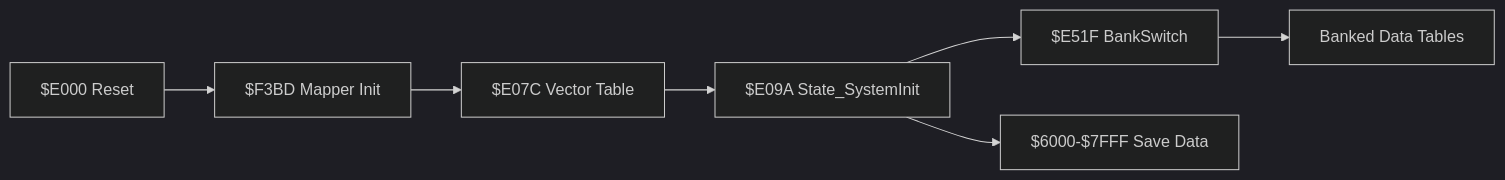
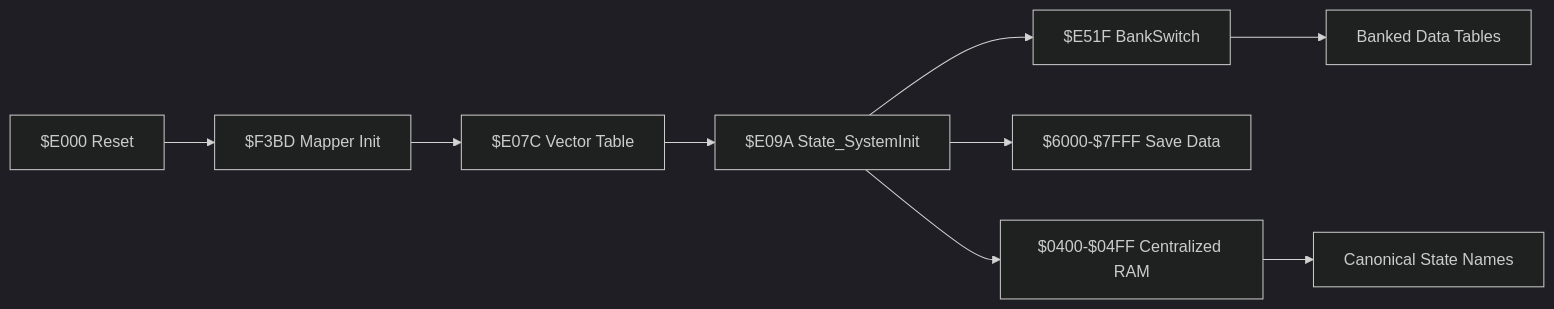
The seventh of 7 diagrams in .qoder/repowiki/en/content/Data Access and Memory Management/Data Access and Memory Management.md (rabbyzero/sango2dasm), drawn with Mermaid (dark theme) before and after one commit. The commit also changed other lines of this file and 6 other files, not shown here.

````diff
--- a/.qoder/repowiki/en/content/Data Access and Memory Management/Data Access and Memory Management.md
+++ b/.qoder/repowiki/en/content/Data Access and Memory Management/Data Access and Memory Management.md
@@ -249,9 +333,11 @@
 ```mermaid
 graph LR
 Reset["$E000 Reset"] --> MapperInit["$F3BD Mapper Init"]
 MapperInit --> Dispatch["$E07C Vector Table"]
 Dispatch --> State0["$E09A State_SystemInit"]
 State0 --> BankSwitch["$E51F BankSwitch"]
 BankSwitch --> PRGTables["Banked Data Tables"]
 State0 --> SRAM["$6000-$7FFF Save Data"]
+State0 --> GlobalRAM["$0400-$04FF Centralized RAM"]
+GlobalRAM --> CanonicalNames["Canonical State Names"]
 ```
````
